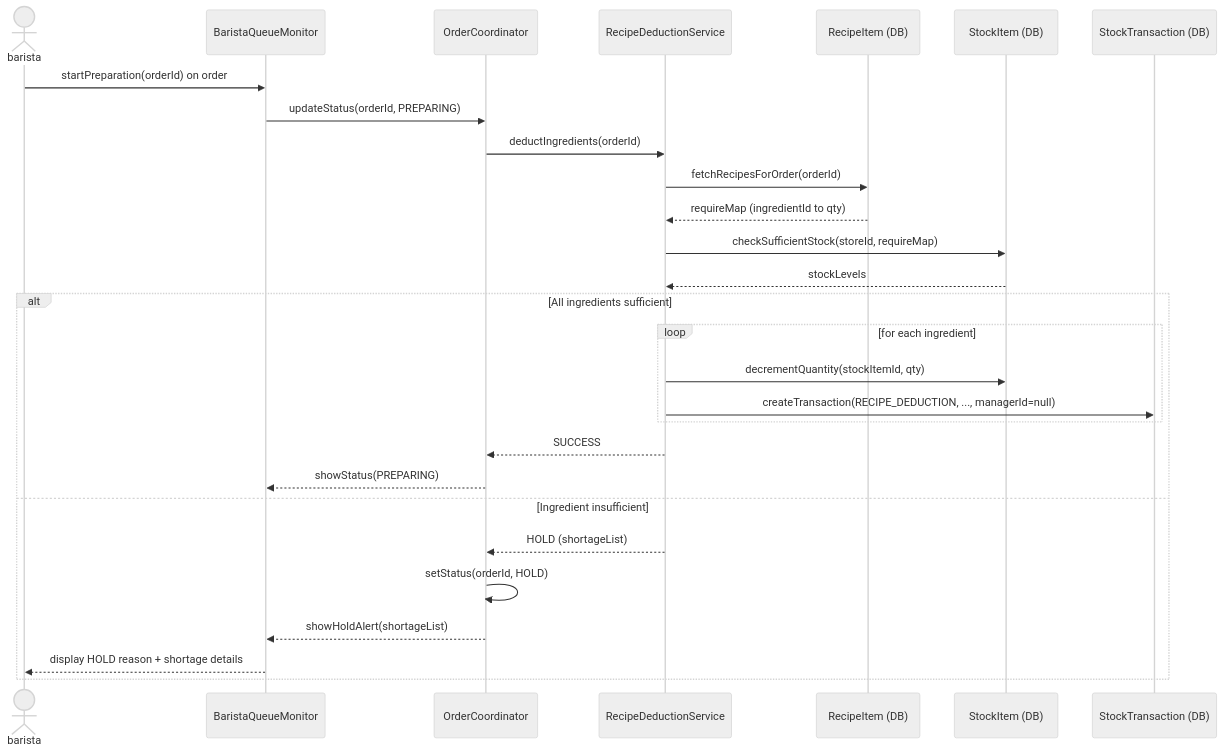
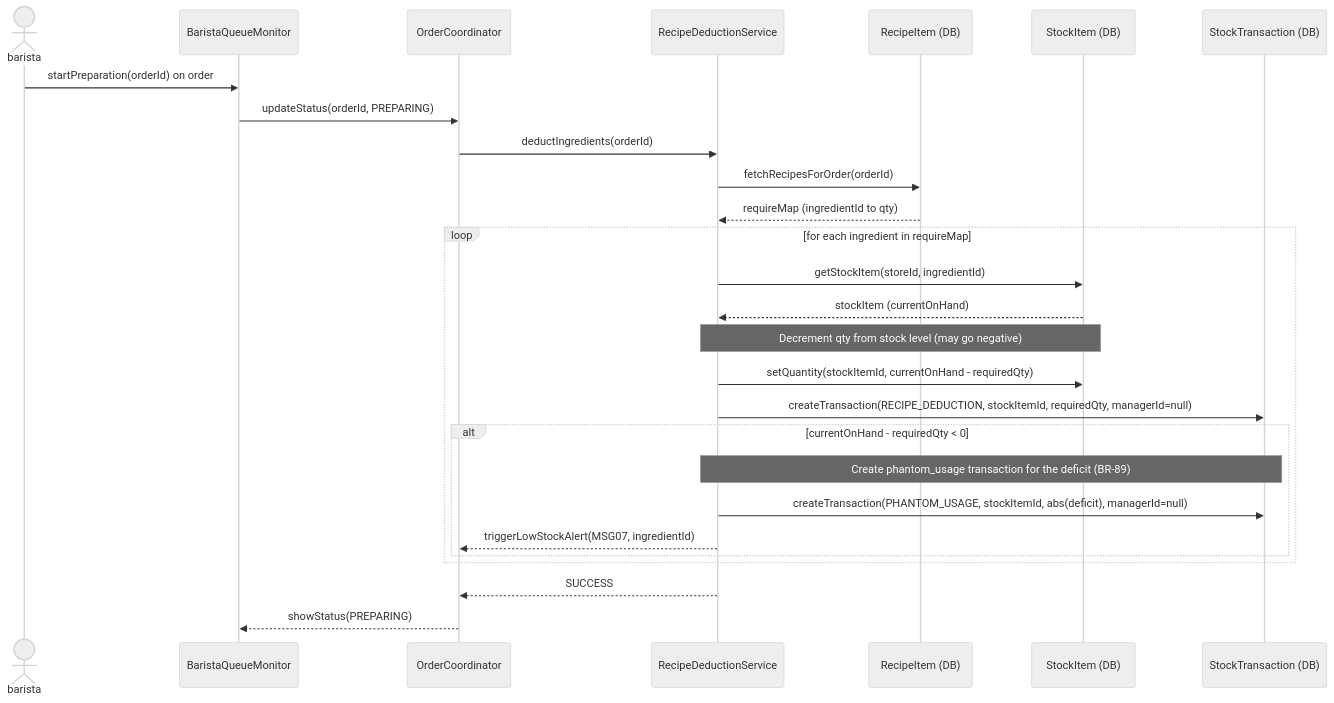
The fourth of 4 diagrams in rds_sections/09_detailed_3_6_inventory.md (Shaichi/Khoga_coffe_shop), drawn with Mermaid (neutral theme) before and after one commit. The commit also changed other lines of this file and 7 other files, not shown here.

Commit message:
docs: sync RDS database and diagrams with SRS and fix inventory deduction logic

````diff
--- a/rds_sections/09_detailed_3_6_inventory.md
+++ b/rds_sections/09_detailed_3_6_inventory.md
@@ -156,32 +156,34 @@
 ```mermaid
 sequenceDiagram
     actor barista
     participant BaristaMonitor as BaristaQueueMonitor
     participant OrderCoord as OrderCoordinator
     participant RecipeDeductSvc as RecipeDeductionService
     participant RecipeDB as RecipeItem (DB)
     participant StockItemDB as StockItem (DB)
     participant TxDB as StockTransaction (DB)
 
     barista->>BaristaMonitor: startPreparation(orderId) on order
     BaristaMonitor->>OrderCoord: updateStatus(orderId, PREPARING)
     OrderCoord->>RecipeDeductSvc: deductIngredients(orderId)
     RecipeDeductSvc->>RecipeDB: fetchRecipesForOrder(orderId)
     RecipeDB-->>RecipeDeductSvc: requireMap (ingredientId to qty)
-    RecipeDeductSvc->>StockItemDB: checkSufficientStock(storeId, requireMap)
-    StockItemDB-->>RecipeDeductSvc: stockLevels
 
-    alt All ingredients sufficient
-        loop for each ingredient
-            RecipeDeductSvc->>StockItemDB: decrementQuantity(stockItemId, qty)
-            RecipeDeductSvc->>TxDB: createTransaction(RECIPE_DEDUCTION, ..., managerId=null)
+    loop for each ingredient in requireMap
+        RecipeDeductSvc->>StockItemDB: getStockItem(storeId, ingredientId)
+        StockItemDB-->>RecipeDeductSvc: stockItem (currentOnHand)
+        
+        Note over RecipeDeductSvc, StockItemDB: Decrement qty from stock level (may go negative)
+        RecipeDeductSvc->>StockItemDB: setQuantity(stockItemId, currentOnHand - requiredQty)
+        RecipeDeductSvc->>TxDB: createTransaction(RECIPE_DEDUCTION, stockItemId, requiredQty, managerId=null)
+        
+        alt currentOnHand - requiredQty < 0
+            Note over RecipeDeductSvc, TxDB: Create phantom_usage transaction for the deficit (BR-89)
+            RecipeDeductSvc->>TxDB: createTransaction(PHANTOM_USAGE, stockItemId, abs(deficit), managerId=null)
+            RecipeDeductSvc-->>OrderCoord: triggerLowStockAlert(MSG07, ingredientId)
         end
-        RecipeDeductSvc-->>OrderCoord: SUCCESS
-        OrderCoord-->>BaristaMonitor: showStatus(PREPARING)
-    else Ingredient insufficient
-        RecipeDeductSvc-->>OrderCoord: HOLD (shortageList)
-        OrderCoord->>OrderCoord: setStatus(orderId, HOLD)
-        OrderCoord-->>BaristaMonitor: showHoldAlert(shortageList)
-        BaristaMonitor-->>barista: display HOLD reason + shortage details
     end
+    
+    RecipeDeductSvc-->>OrderCoord: SUCCESS
+    OrderCoord-->>BaristaMonitor: showStatus(PREPARING)
 ```
````
